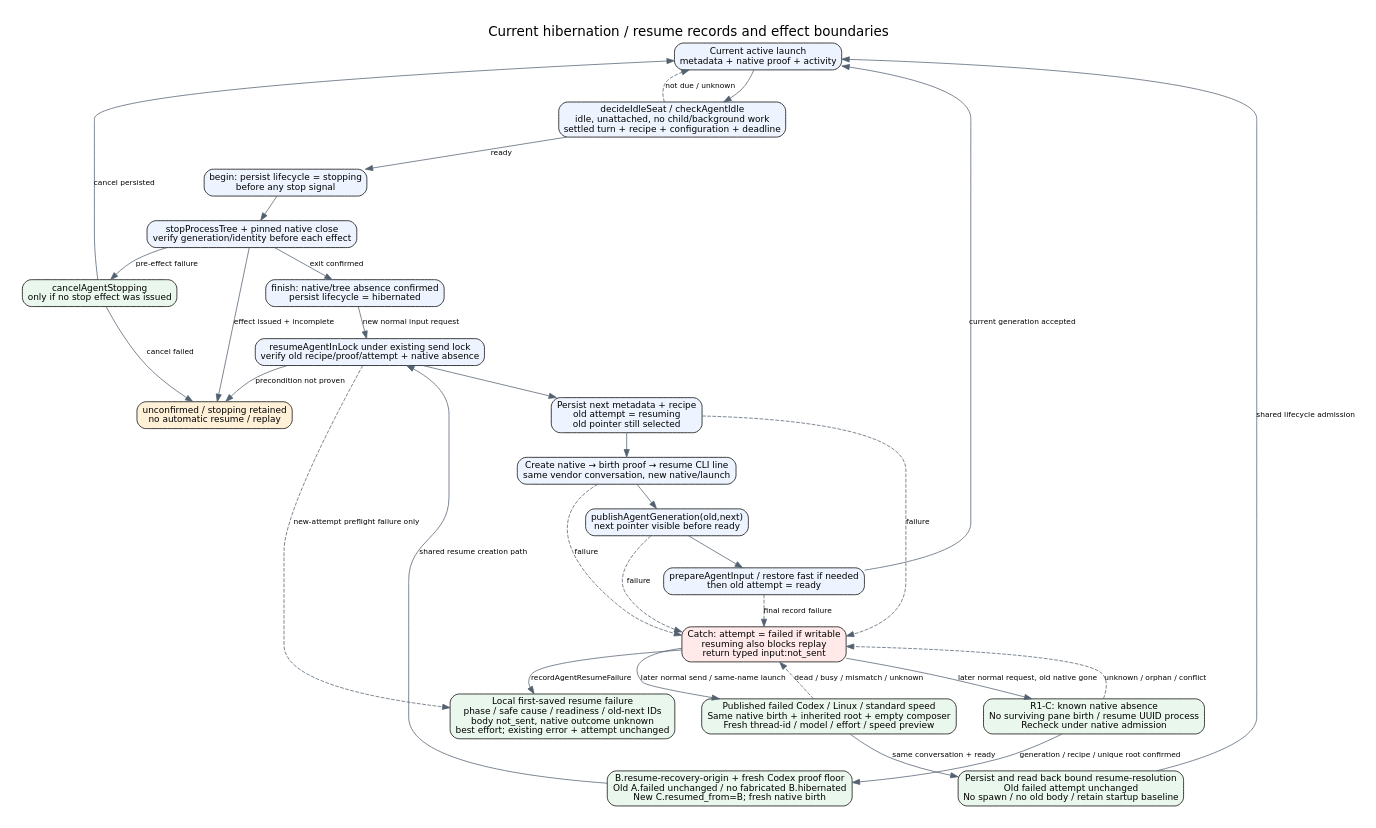
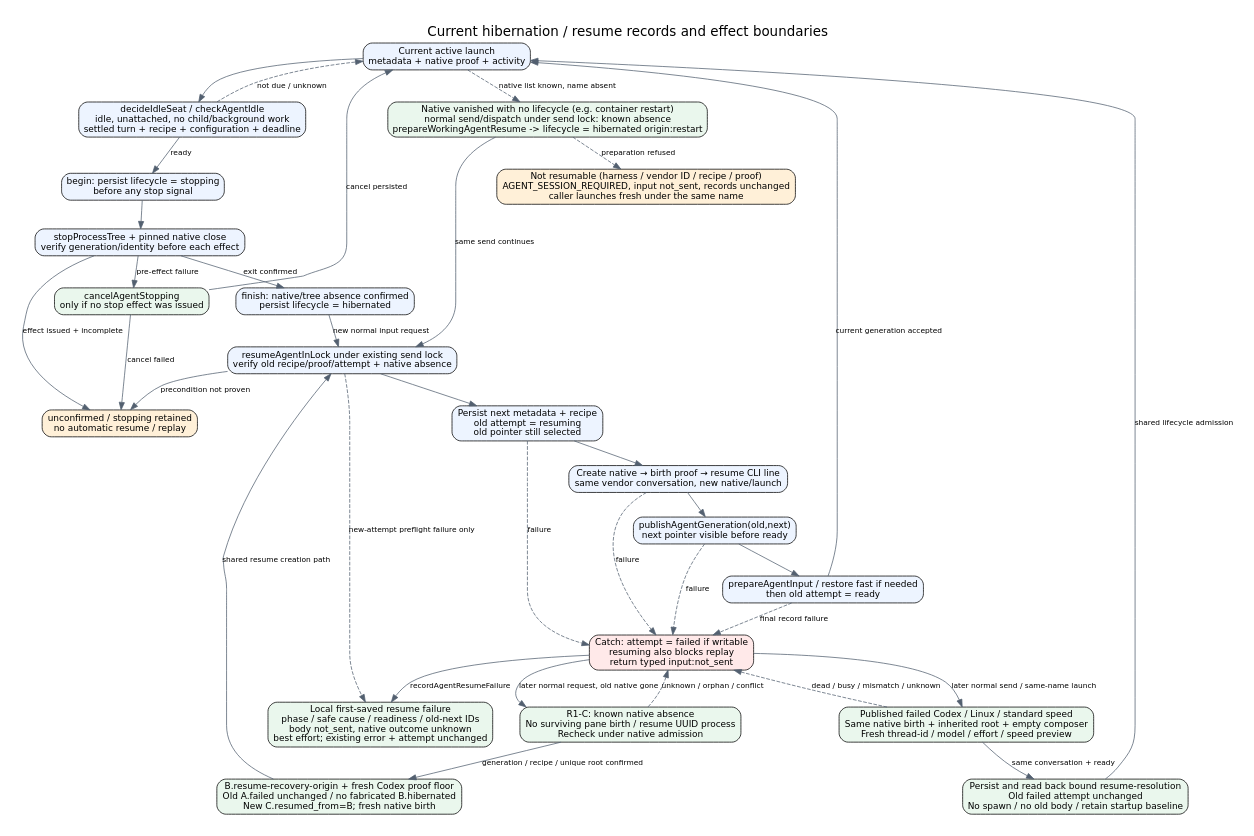
One commit to kitepon/aiterm-mcp changed the diagram in docs/architecture/lifecycle-states.dot. Above: the diagram before and after it, drawn with Graphviz. The commit also changed 7 other files, not shown here.

First line of the commit message:
Cold-resume seats whose native vanished instead of refusing every send

```diff
--- a/docs/architecture/lifecycle-states.dot
+++ b/docs/architecture/lifecycle-states.dot
@@ -1,38 +1,43 @@
 digraph lifecycle {
  graph [rankdir=TB,bgcolor="white",pad=0.3,nodesep=0.5,ranksep=0.45,label="Current hibernation / resume records and effect boundaries",labelloc=t,fontname="DejaVu Sans",fontsize=18];
  node [shape=box,style="rounded,filled",fillcolor="#edf4ff",fontname="DejaVu Sans",fontsize=12];
  edge [fontname="DejaVu Sans",fontsize=10,color="#536070"];
  active [label="Current active launch\nmetadata + native proof + activity"];
  eligible [label="decideIdleSeat / checkAgentIdle\nidle, unattached, no child/background work\nsettled turn + recipe + configuration + deadline"];
  stopping [label="begin: persist lifecycle = stopping\nbefore any stop signal"];
  effect [label="stopProcessTree + pinned native close\nverify generation/identity before each effect"];
  rollback [label="cancelAgentStopping\nonly if no stop effect was issued",fillcolor="#eaf7ed"];
  unknown [label="unconfirmed / stopping retained\nno automatic resume / replay",fillcolor="#fff0d8"];
  asleep [label="finish: native/tree absence confirmed\npersist lifecycle = hibernated"];
  resume [label="resumeAgentInLock under existing send lock\nverify old recipe/proof/attempt + native absence"];
  staged [label="Persist next metadata + recipe\nold attempt = resuming\nold pointer still selected"];
  created [label="Create native → birth proof → resume CLI line\nsame vendor conversation, new native/launch"];
  published [label="publishAgentGeneration(old,next)\nnext pointer visible before ready"];
  ready [label="prepareAgentInput / restore fast if needed\nthen old attempt = ready"];
  failed [label="Catch: attempt = failed if writable\nresuming also blocks replay\nreturn typed input:not_sent",fillcolor="#ffe9e9"];
  active -> eligible;eligible -> active [label="not due / unknown",style=dashed];eligible -> stopping [label="ready"];stopping -> effect;
  effect -> asleep [label="exit confirmed"];effect -> rollback [label="pre-effect failure"];rollback -> active [label="cancel persisted"];rollback -> unknown [label="cancel failed"];effect -> unknown [label="effect issued + incomplete"];
  asleep -> resume [label="new normal input request"];resume -> staged;resume -> unknown [label="precondition not proven"];
  staged -> created;created -> published;published -> ready;ready -> active [label="current generation accepted"];
  staged -> failed [label="failure",style=dashed];created -> failed [label="failure",style=dashed];published -> failed [label="failure",style=dashed];ready -> failed [label="final record failure",style=dashed];
   recovery [label="Published failed Codex / Linux / standard speed\nSame native birth + inherited root + empty composer\nFresh thread-id / model / effort / speed preview",fillcolor="#eaf7ed"];
   resolution [label="Persist and read back bound resume-resolution\nOld failed attempt unchanged\nNo spawn / no old body / retain startup baseline",fillcolor="#eaf7ed"];
   failed -> recovery [label="later normal send / same-name launch"];
   recovery -> resolution [label="same conversation + ready"];
   recovery -> failed [label="dead / busy / mismatch / unknown",style=dashed];
   resolution -> active [label="shared lifecycle admission"];
   absent [label="R1-C: known native absence\nNo surviving pane birth / resume UUID process\nRecheck under native admission",fillcolor="#eaf7ed"];
   origin [label="B.resume-recovery-origin + fresh Codex proof floor\nOld A.failed unchanged / no fabricated B.hibernated\nNew C.resumed_from=B; fresh native birth",fillcolor="#eaf7ed"];
   failed -> absent [label="later normal request, old native gone"];
   absent -> origin [label="generation / recipe / unique root confirmed"];
   absent -> failed [style=dashed,label="unknown / orphan / conflict"];
   origin -> resume [label="shared resume creation path"];
   failure_record [label="Local first-saved resume failure\nphase / safe cause / readiness / old-next IDs\nbody not_sent, native outcome unknown\nbest effort; existing error + attempt unchanged",fillcolor="#eaf7ed"];
   failed -> failure_record [label="recordAgentResumeFailure"];
   resume -> failure_record [label="new-attempt preflight failure only",style=dashed];
+  vanished [label="Native vanished with no lifecycle (e.g. container restart)\nnormal send/dispatch under send lock: known absence\nprepareWorkingAgentResume -> lifecycle = hibernated origin:restart",fillcolor="#eaf7ed"];
+  required [label="Not resumable (harness / vendor ID / recipe / proof)\nAGENT_SESSION_REQUIRED, input not_sent, records unchanged\ncaller launches fresh under the same name",fillcolor="#fff0d8"];
+  active -> vanished [label="native list known, name absent",style=dashed];
+  vanished -> resume [label="same send continues"];
+  vanished -> required [label="preparation refused",style=dashed];
 }
```
